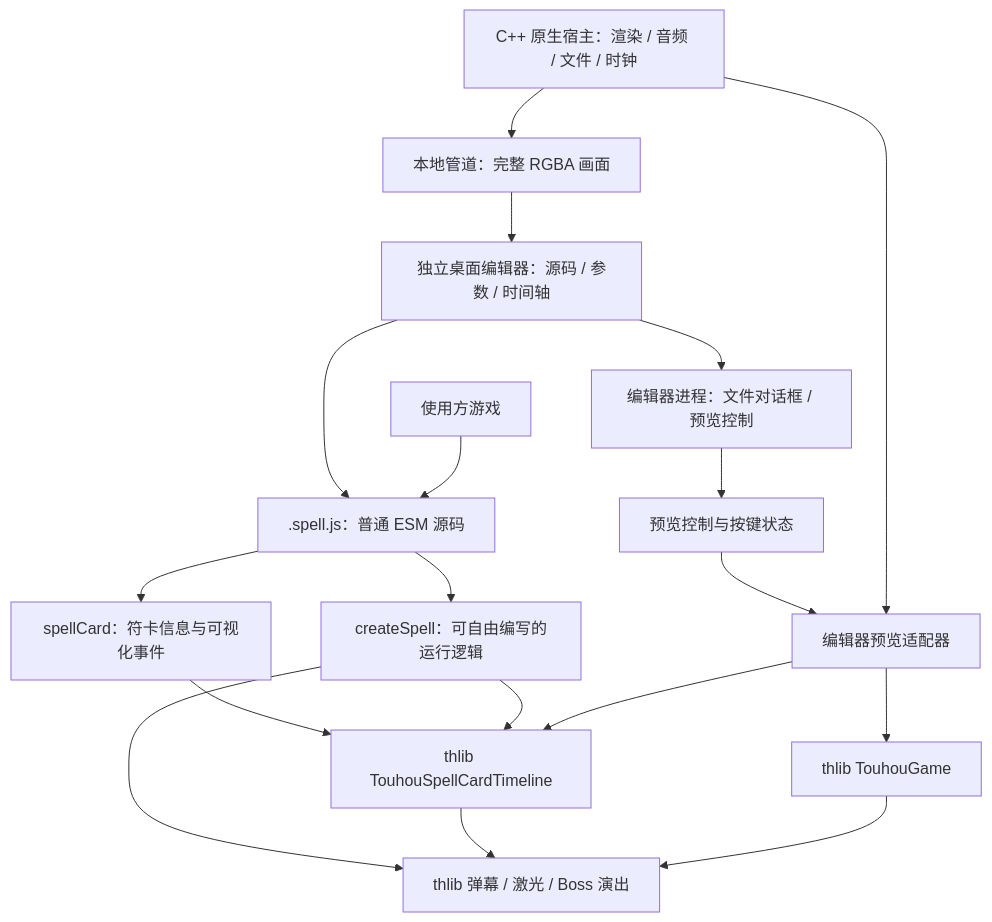
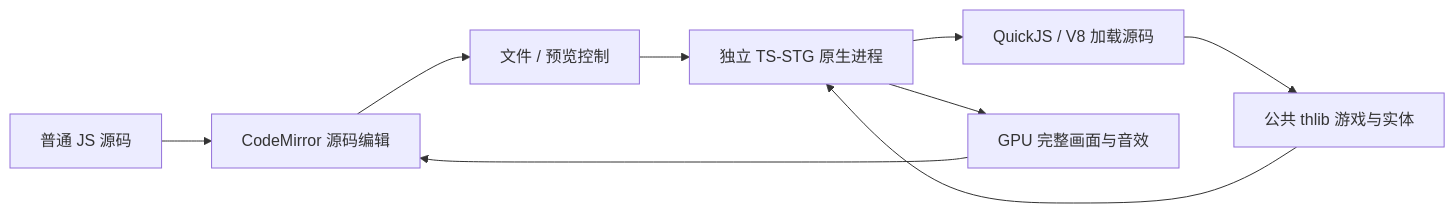
The diagram in docs/spellcard-editor.md (Oracatt/TS-STG), drawn with Mermaid before and after one commit. The commit also changed other lines of this file and 22 other files, not shown here.

Commit message:
refactor(editor): focus spell authoring on JavaScript and native preview

````diff
--- a/docs/spellcard-editor.md
+++ b/docs/spellcard-editor.md
@@ -29,20 +122,11 @@
 ```mermaid
-flowchart TD
-  UI[独立桌面编辑器：源码 / 参数 / 时间轴] --> Source[.spell.js：普通 ESM 源码]
-  Source --> Metadata[spellCard：符卡信息与可视化事件]
-  Source --> Factory[createSpell：可自由编写的运行逻辑]
-  UI --> Bridge[编辑器进程：文件对话框 / 预览控制]
-  Bridge --> Control[预览控制与按键状态]
-  Control --> Adapter[编辑器预览适配器]
-  Host[C++ 原生宿主：渲染 / 音频 / 文件 / 时钟] --> Adapter
-  Host --> Pixels[本地管道：完整 RGBA 画面]
-  Pixels --> UI
-  Metadata --> Timeline[thlib TouhouSpellCardTimeline]
-  Factory --> Timeline
-  Factory --> Fields
-  Adapter --> Timeline
-  Adapter --> Game[thlib TouhouGame]
-  Timeline --> Fields[thlib 弹幕 / 激光 / Boss 演出]
-  Game --> Fields
-  Consumer[使用方游戏] --> Source
+flowchart LR
+  Code[普通 JS 源码] --> Editor[CodeMirror 源码编辑]
+  Editor --> Bridge[文件 / 预览控制]
+  Bridge --> Native[独立 TS-STG 原生进程]
+  Native --> Module[QuickJS / V8 加载源码]
+  Module --> Library[公共 thlib 游戏与实体]
+  Library --> Native
+  Native --> Pixels[GPU 完整画面与音效]
+  Pixels --> Editor
 ```
````
